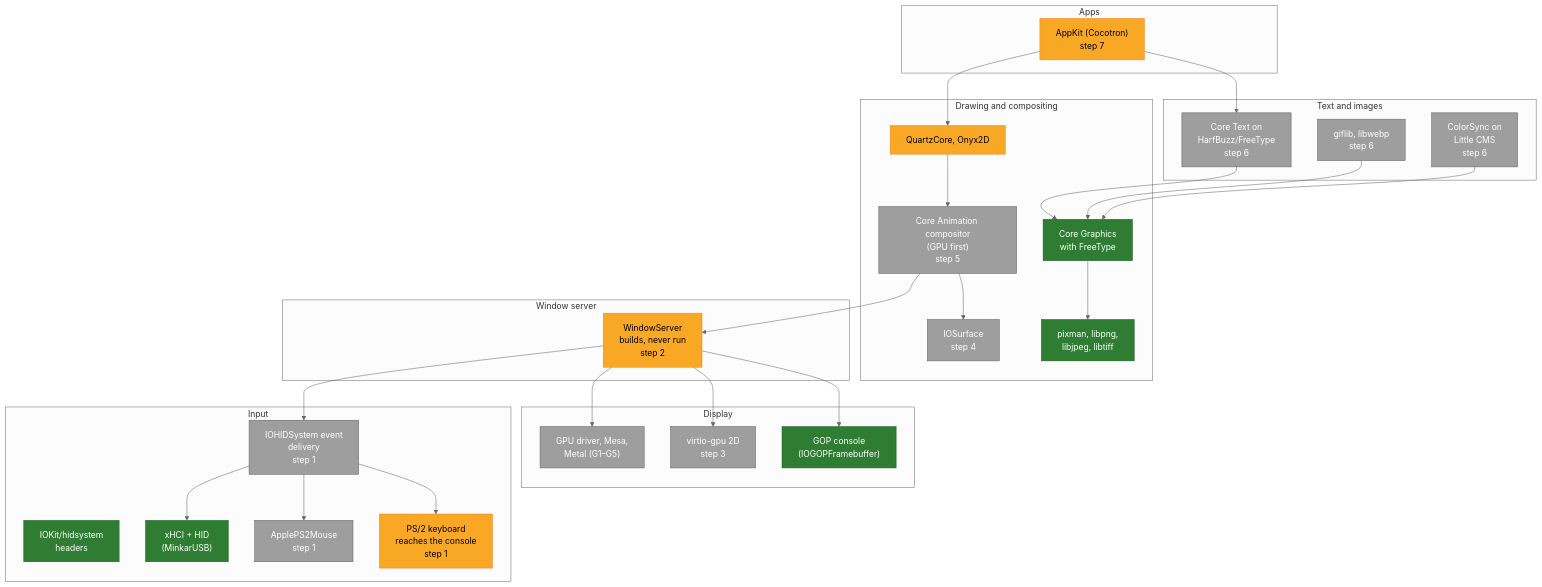
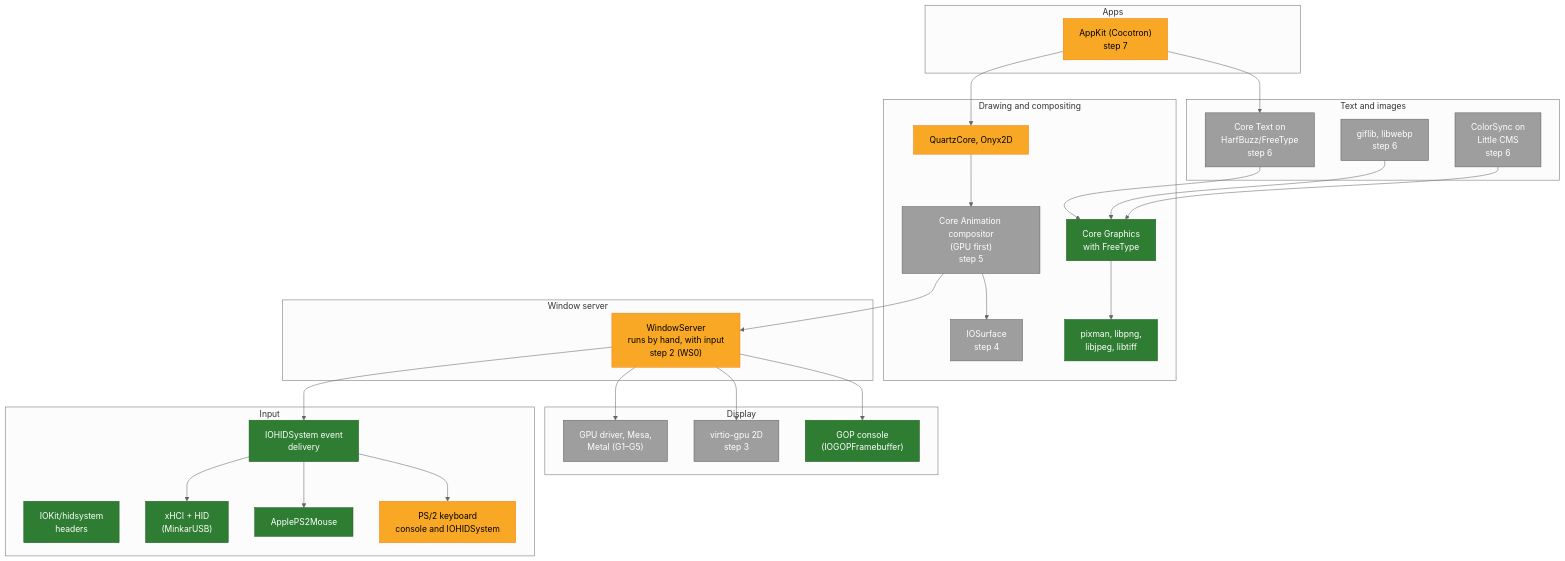
One commit to minkaros/minkar changed the third of 4 diagrams in Docs/Progress.md. Above: the diagram before and after it, drawn with Mermaid (neutral theme). The commit also changed other lines of this file and 5 other files, not shown here.

First line of the commit message:
Docs: WS0 state (IOHIDSystem delivery, PS/2 mouse, WindowServer input)

````diff
--- a/Docs/Progress.md
+++ b/Docs/Progress.md
@@ -73,48 +73,48 @@
 ```mermaid
 flowchart TB
     subgraph APPS["Apps"]
         AK["AppKit (Cocotron)<br/>step 7"]:::partial
     end
     subgraph TEXT["Text and images"]
         CT["Core Text on<br/>HarfBuzz/FreeType<br/>step 6"]:::todo
         IMG["giflib, libwebp<br/>step 6"]:::todo
         CS["ColorSync on<br/>Little CMS<br/>step 6"]:::todo
     end
     subgraph DRAW["Drawing and compositing"]
         CG["Core Graphics<br/>with FreeType"]:::done
         LIBS["pixman, libpng,<br/>libjpeg, libtiff"]:::done
         QC["QuartzCore, Onyx2D"]:::partial
         CA["Core Animation compositor<br/>(GPU first)<br/>step 5"]:::todo
         IOS["IOSurface<br/>step 4"]:::todo
     end
     subgraph SERVER["Window server"]
-        WS["WindowServer<br/>builds, never run<br/>step 2"]:::partial
+        WS["WindowServer<br/>runs by hand, with input<br/>step 2 (WS0)"]:::partial
     end
     subgraph INPUT["Input"]
         HIDH["IOKit/hidsystem<br/>headers"]:::done
         USB["xHCI + HID<br/>(MinkarUSB)"]:::done
-        KBD["PS/2 keyboard<br/>reaches the console<br/>step 1"]:::partial
-        MOUSE["ApplePS2Mouse<br/>step 1"]:::todo
-        HIDS["IOHIDSystem event<br/>delivery<br/>step 1"]:::todo
+        KBD["PS/2 keyboard<br/>console and IOHIDSystem"]:::partial
+        MOUSE["ApplePS2Mouse"]:::done
+        HIDS["IOHIDSystem event<br/>delivery"]:::done
     end
     subgraph DISPLAY["Display"]
         GOP["GOP console<br/>(IOGOPFramebuffer)"]:::done
         VGPU["virtio-gpu 2D<br/>step 3"]:::todo
         GPUD["GPU driver, Mesa,<br/>Metal (G1–G5)"]:::todo
     end
 
     AK --> CT & QC
     CT --> CG
     QC --> CA --> IOS
     CA --> WS
     WS --> GOP & VGPU & GPUD
     WS --> HIDS
     HIDS --> KBD & MOUSE & USB
     CG --> LIBS
     IMG --> CG
     CS --> CG
 
     classDef done fill:#2e7d32,stroke:#1b5e20,color:#fff
     classDef partial fill:#f9a825,stroke:#f57f17,color:#000
     classDef todo fill:#9e9e9e,stroke:#616161,color:#fff
 ```
````
